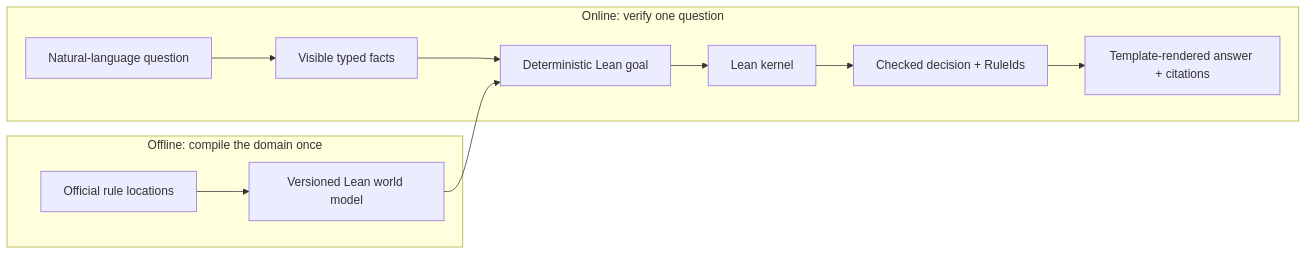
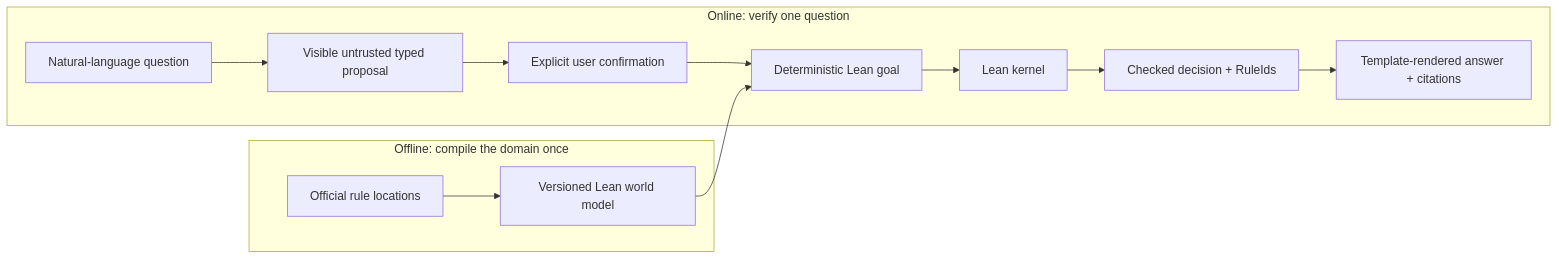
One commit to vinayak1998/creator-commerce-verifier changed the diagram in docs/ARCHITECTURE.md. Above: the diagram before and after it, drawn with Mermaid. The commit also changed other lines of this file and 5 other files, not shown here.

````diff
--- a/docs/ARCHITECTURE.md
+++ b/docs/ARCHITECTURE.md
@@ -11,14 +11,15 @@
 ```mermaid
 flowchart LR
   subgraph Offline["Offline: compile the domain once"]
     S["Official rule locations"] --> W["Versioned Lean world model"]
   end
   subgraph Online["Online: verify one question"]
-    Q["Natural-language question"] --> F["Visible typed facts"]
-    F --> G["Deterministic Lean goal"]
+    Q["Natural-language question"] --> F["Visible untrusted typed proposal"]
+    F --> C["Explicit user confirmation"]
+    C --> G["Deterministic Lean goal"]
     G --> K["Lean kernel"]
     K --> A["Checked decision + RuleIds"]
     A --> R["Template-rendered answer + citations"]
   end
   W --> G
 ```
````
